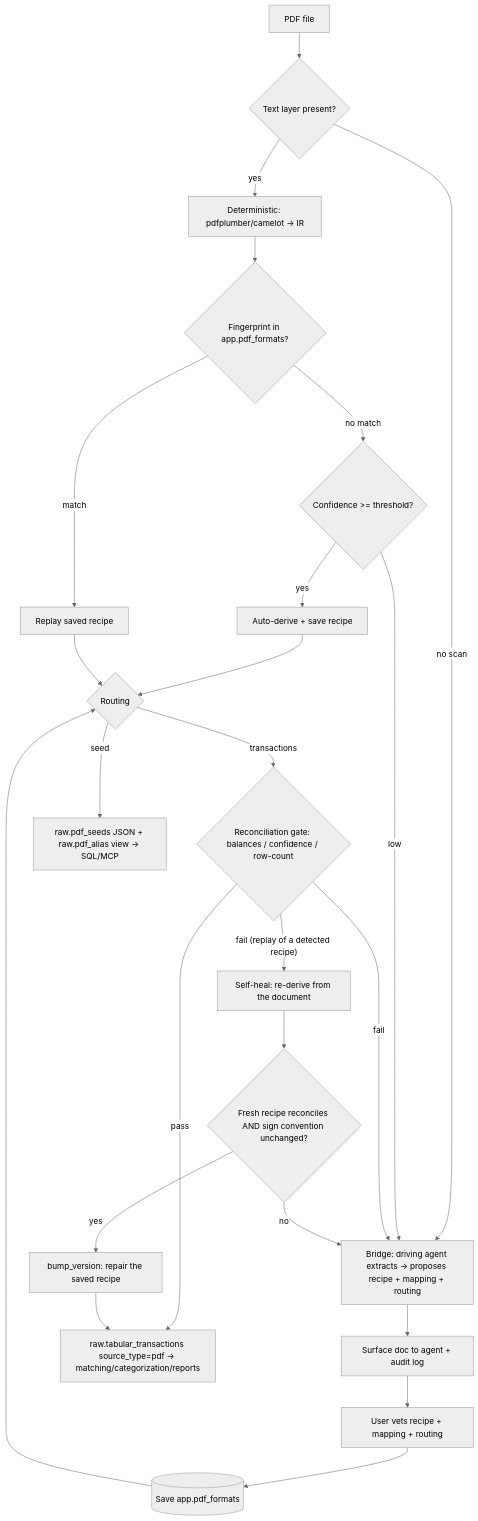
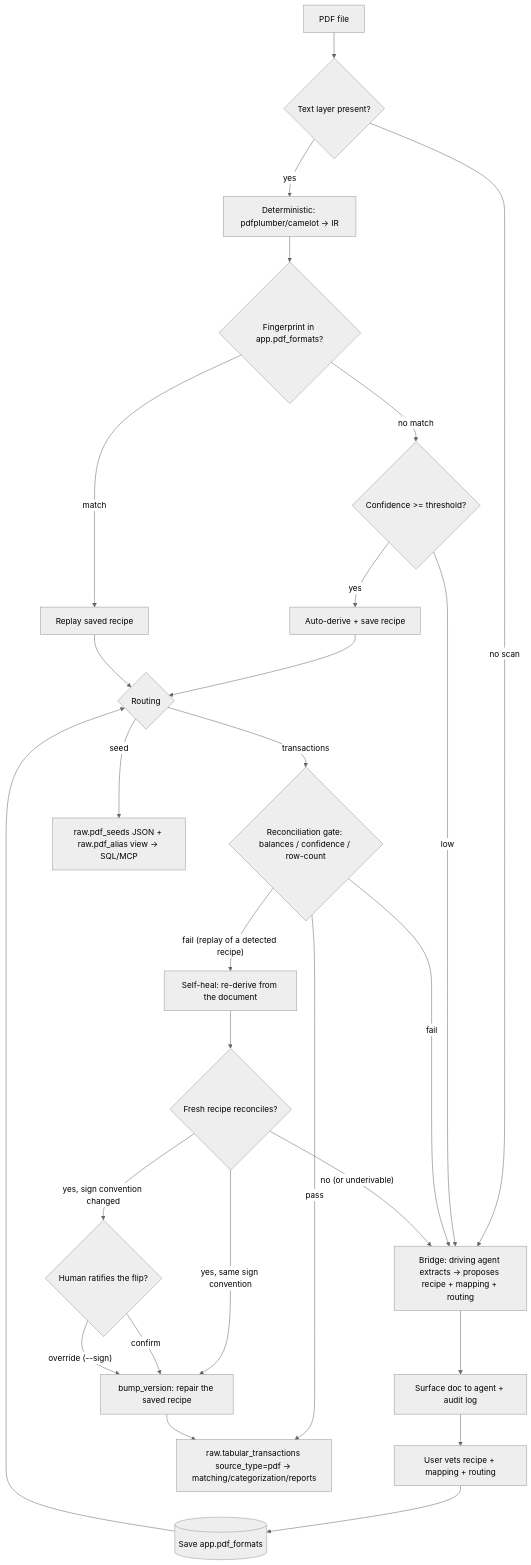
One commit to bsaffel/moneybin changed the diagram in docs/specs/smart-import-pdf.md. Above: the diagram before and after it, drawn with Mermaid (neutral theme). The commit also changed other lines of this file and 14 other files, not shown here.

````diff
--- a/docs/specs/smart-import-pdf.md
+++ b/docs/specs/smart-import-pdf.md
@@ -193,26 +193,29 @@
 ```mermaid
 flowchart TD
     A[PDF file] --> B{Text layer present?}
     B -- yes --> C[Deterministic: pdfplumber/camelot -> IR]
     B -- no scan --> BR
     C --> F{Fingerprint in app.pdf_formats?}
     F -- match --> R[Replay saved recipe]
     F -- no match --> S{Confidence >= threshold?}
     S -- yes --> DSAVE[Auto-derive + save recipe]
     DSAVE --> ROUTE
     S -- low --> BR[Bridge: driving agent extracts -> proposes recipe + mapping + routing]
     BR --> NOTICE[Surface doc to agent + audit log]
     NOTICE --> VET[User vets recipe + mapping + routing]
     VET --> SAVE[(Save app.pdf_formats)]
     SAVE --> ROUTE
     R --> ROUTE
     ROUTE{Routing}
     ROUTE -- transactions --> GUARD{Reconciliation gate: balances / confidence / row-count}
     GUARD -- pass --> T[raw.tabular_transactions source_type=pdf -> matching/categorization/reports]
     GUARD -- "fail (replay of a detected recipe)" --> HEAL[Self-heal: re-derive from the document]
     GUARD -- fail --> BR
-    HEAL --> HGATE{Fresh recipe reconciles AND sign convention unchanged?}
-    HGATE -- yes --> BUMP[bump_version: repair the saved recipe] --> T
-    HGATE -- no --> BR
+    HEAL --> HGATE{Fresh recipe reconciles?}
+    HGATE -- "no (or underivable)" --> BR
+    HGATE -- "yes, same sign convention" --> BUMP[bump_version: repair the saved recipe] --> T
+    HGATE -- "yes, sign convention changed" --> HSIGN{Human ratifies the flip?}
+    HSIGN -- confirm --> BUMP
+    HSIGN -- "override (--sign)" --> BUMP
     ROUTE -- seed --> SEED[raw.pdf_seeds JSON + raw.pdf_alias view -> SQL/MCP]
 ```
````
